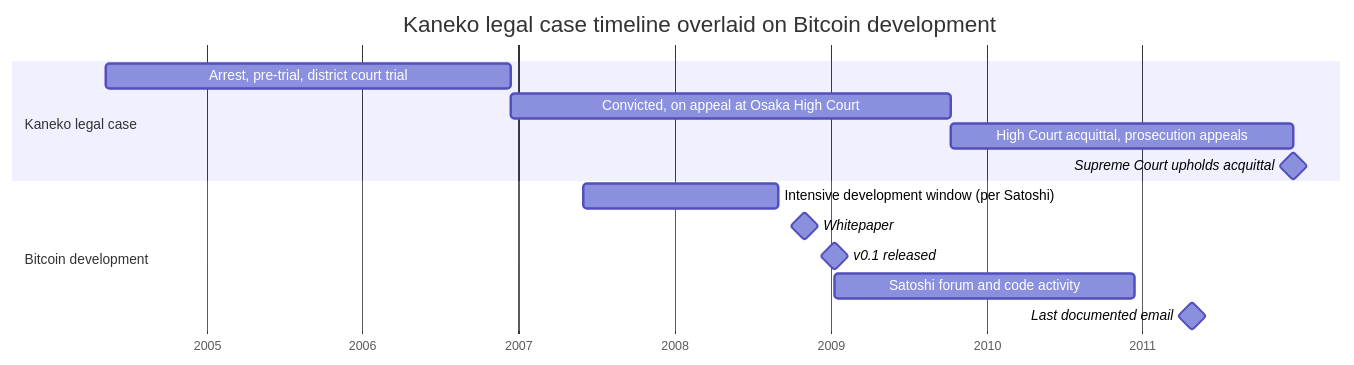
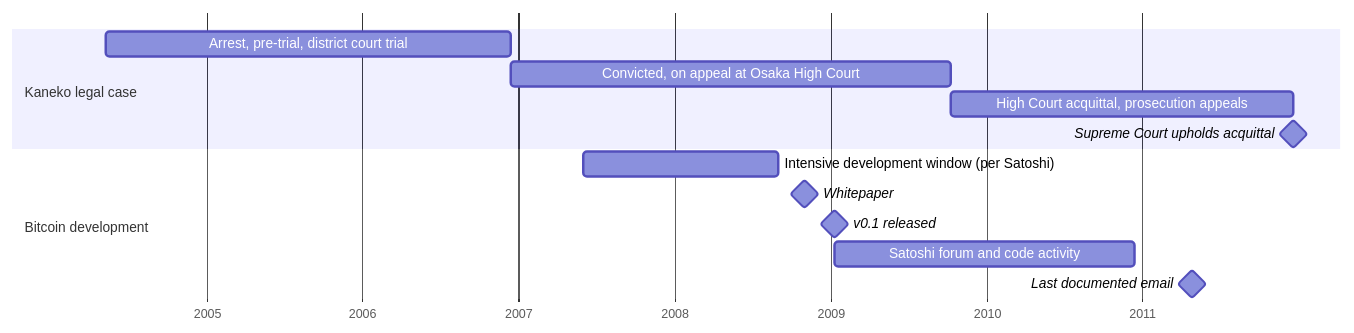
One commit to cypher256/BitcoinArchive changed the diagram in src/data/entries/en/analysis/2013-07-06-kaneko-isamu-satoshi-identity-hypothesis.md. Above: the diagram before and after it, drawn with Mermaid. The commit also changed other lines of this file and 50 other files, not shown here.

````diff
--- a/src/data/entries/en/analysis/2013-07-06-kaneko-isamu-satoshi-identity-hypothesis.md
+++ b/src/data/entries/en/analysis/2013-07-06-kaneko-isamu-satoshi-identity-hypothesis.md
@@ -99,17 +102,16 @@
 ```mermaid
 gantt
-    title Kaneko legal case timeline overlaid on Bitcoin development
     dateFormat YYYY-MM-DD
     axisFormat %Y
     section Kaneko legal case
         Arrest, pre-trial, district court trial            :k1, 2004-05-10, 2006-12-13
         Convicted, on appeal at Osaka High Court           :k2, 2006-12-13, 2009-10-08
         High Court acquittal, prosecution appeals          :k3, 2009-10-08, 2011-12-19
         Supreme Court upholds acquittal                    :milestone, 2011-12-20, 0d
     section Bitcoin development
         Intensive development window (per Satoshi)         :b0, 2007-06-01, 2008-09-01
         Whitepaper                                         :milestone, 2008-10-31, 0d
         v0.1 released                                      :milestone, 2009-01-09, 0d
         Satoshi forum and code activity                    :b1, 2009-01-09, 2010-12-12
         Last documented email                              :milestone, 2011-04-26, 0d
 ```
````
